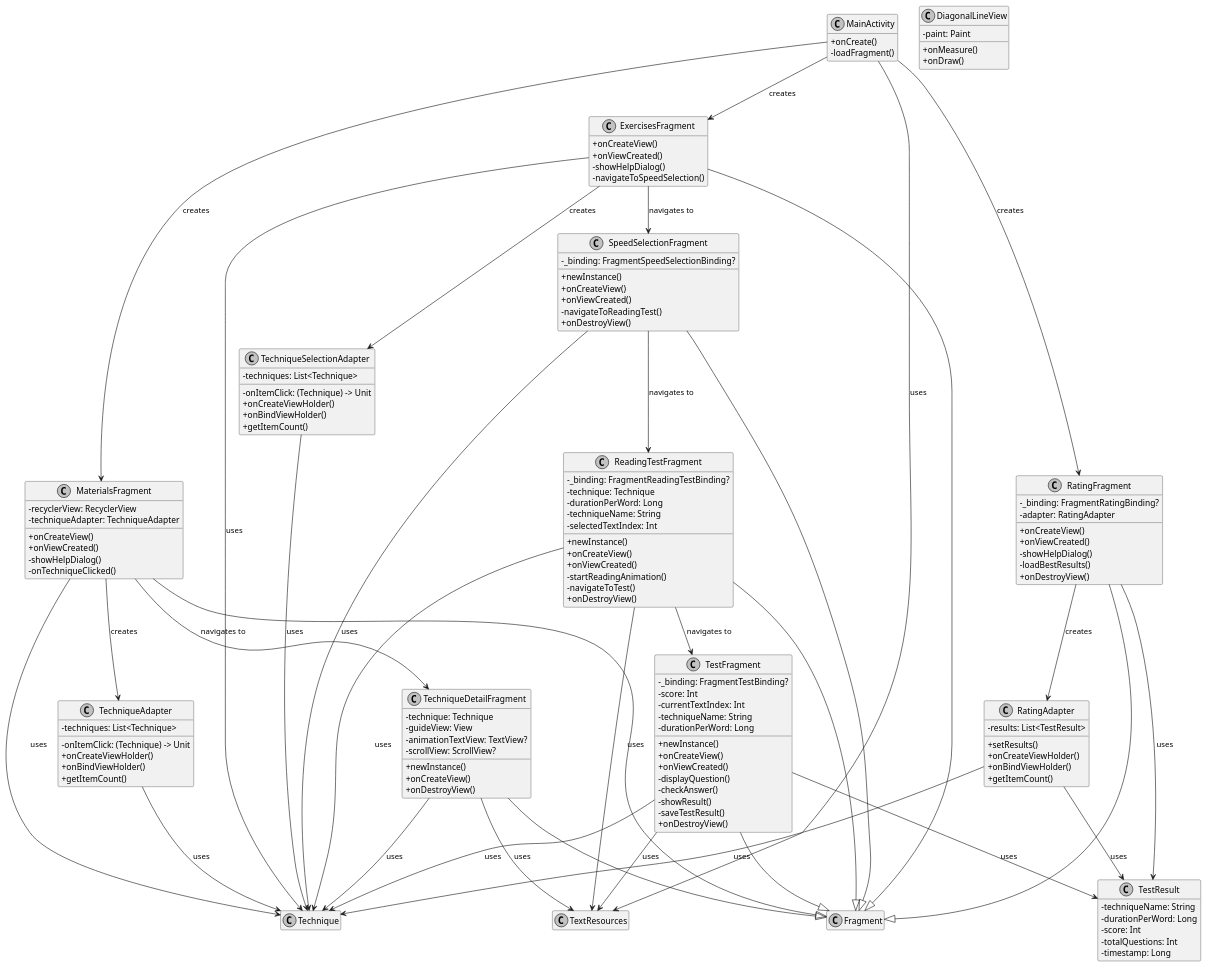
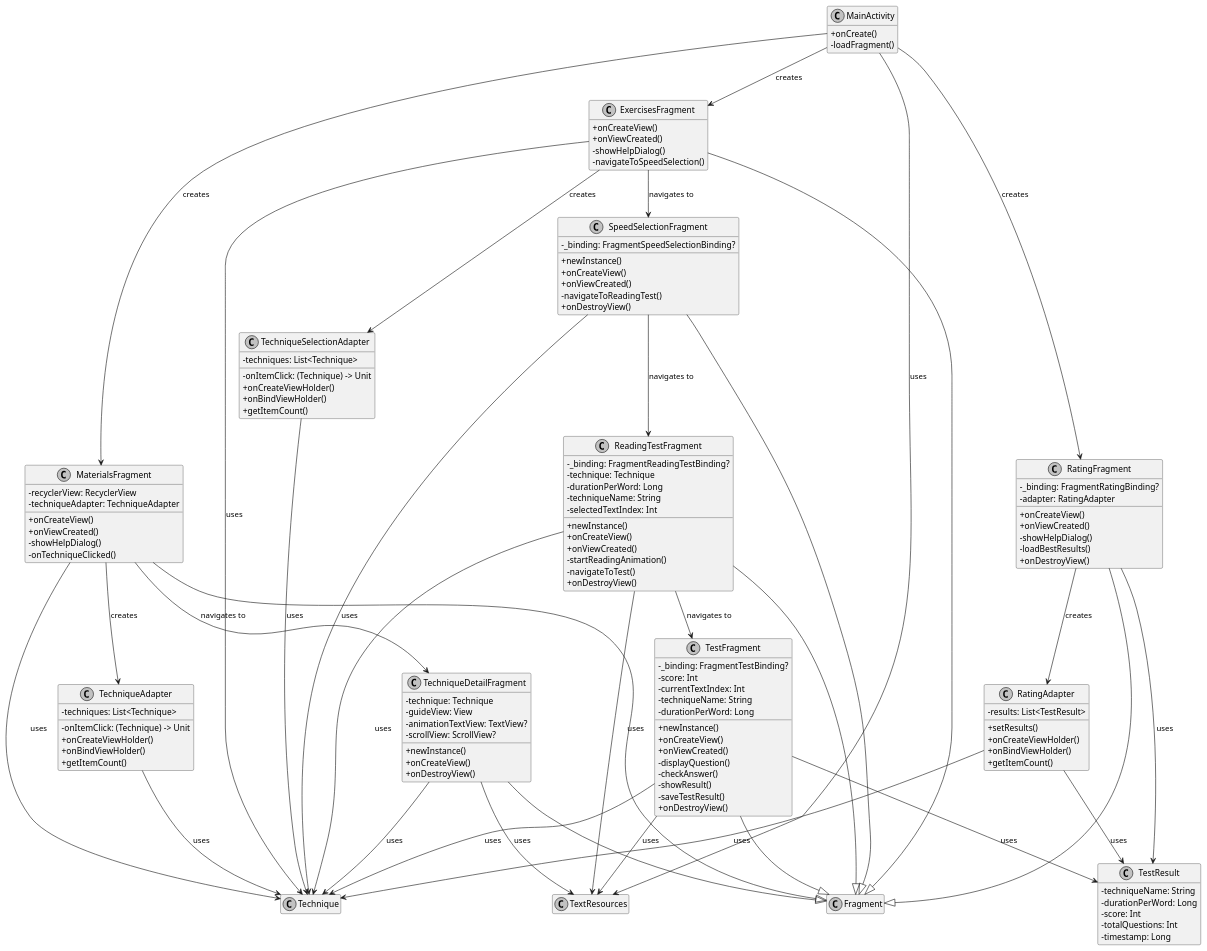
One commit to dmitryvsl/scorochtenie changed the diagram in diagram4.puml. Above: the diagram before and after it, drawn with PlantUML. The commit also changed 1 other file, not shown here.

```diff
--- a/diagram4.puml
+++ b/diagram4.puml
@@ -1,189 +1,181 @@
 @startuml
 skinparam monochrome true
 skinparam classAttributeIconSize 0
 
 ' Класс MainActivity
 class MainActivity {
   + onCreate()
   - loadFragment()
 }
 
 ' Класс ExercisesFragment
 class ExercisesFragment {
   + onCreateView()
   + onViewCreated()
   - showHelpDialog()
   - navigateToSpeedSelection()
 }
 
 ' Класс MaterialsFragment
 class MaterialsFragment {
   - recyclerView: RecyclerView
   - techniqueAdapter: TechniqueAdapter
   + onCreateView()
   + onViewCreated()
   - showHelpDialog()
   - onTechniqueClicked()
 }
 
 ' Класс RatingFragment
 class RatingFragment {
   - _binding: FragmentRatingBinding?
   - adapter: RatingAdapter
   + onCreateView()
   + onViewCreated()
   - showHelpDialog()
   - loadBestResults()
   + onDestroyView()
 }
 
 ' Класс ReadingTestFragment
 class ReadingTestFragment {
   - _binding: FragmentReadingTestBinding?
   - technique: Technique
   - durationPerWord: Long
   - techniqueName: String
   - selectedTextIndex: Int
   + newInstance()
   + onCreateView()
   + onViewCreated()
   - startReadingAnimation()
   - navigateToTest()
   + onDestroyView()
 }
 
 ' Класс SpeedSelectionFragment
 class SpeedSelectionFragment {
   - _binding: FragmentSpeedSelectionBinding?
   + newInstance()
   + onCreateView()
   + onViewCreated()
   - navigateToReadingTest()
   + onDestroyView()
 }
 
 ' Класс TechniqueAdapter
 class TechniqueAdapter {
   - techniques: List<Technique>
   - onItemClick: (Technique) -> Unit
   + onCreateViewHolder()
   + onBindViewHolder()
   + getItemCount()
 }
 
 ' Класс TechniqueDetailFragment
 class TechniqueDetailFragment {
   - technique: Technique
   - guideView: View
   - animationTextView: TextView?
   - scrollView: ScrollView?
   + newInstance()
   + onCreateView()
   + onDestroyView()
 }
 
 ' Класс TechniqueSelectionAdapter
 class TechniqueSelectionAdapter {
   - techniques: List<Technique>
   - onItemClick: (Technique) -> Unit
   + onCreateViewHolder()
   + onBindViewHolder()
   + getItemCount()
 }
 
 ' Класс TestFragment
 class TestFragment {
   - _binding: FragmentTestBinding?
   - score: Int
   - currentTextIndex: Int
   - techniqueName: String
   - durationPerWord: Long
   + newInstance()
   + onCreateView()
   + onViewCreated()
   - displayQuestion()
   - checkAnswer()
   - showResult()
   - saveTestResult()
   + onDestroyView()
 }
 
 ' Класс RatingAdapter
 class RatingAdapter {
   - results: List<TestResult>
   + setResults()
   + onCreateViewHolder()
   + onBindViewHolder()
   + getItemCount()
 }
 
 ' Класс TestResult
 class TestResult {
   - techniqueName: String
   - durationPerWord: Long
   - score: Int
   - totalQuestions: Int
   - timestamp: Long
 }
 
 
-
-' Класс DiagonalLineView
-class DiagonalLineView {
-  - paint: Paint
-  + onMeasure()
-  + onDraw()
-}
-
 ' Внешняя зависимость
 class TextResources
 
 ' Отношения
 ExercisesFragment --|> Fragment
 MaterialsFragment --|> Fragment
 RatingFragment --|> Fragment
 ReadingTestFragment --|> Fragment
 SpeedSelectionFragment --|> Fragment
 TechniqueDetailFragment --|> Fragment
 TestFragment --|> Fragment
 
 
 MainActivity --> ExercisesFragment : creates
 MainActivity --> MaterialsFragment : creates
 MainActivity --> RatingFragment : creates
 MainActivity --> TextResources : uses
 
 ExercisesFragment --> Technique : uses
 ExercisesFragment --> TechniqueSelectionAdapter : creates
 ExercisesFragment --> SpeedSelectionFragment : navigates to
 
 MaterialsFragment --> Technique : uses
 MaterialsFragment --> TechniqueAdapter : creates
 MaterialsFragment --> TechniqueDetailFragment : navigates to
 
 RatingFragment --> RatingAdapter : creates
 RatingFragment --> TestResult : uses
 
 ReadingTestFragment --> Technique : uses
 ReadingTestFragment --> TextResources : uses
 ReadingTestFragment --> TestFragment : navigates to
 
 SpeedSelectionFragment --> Technique : uses
 SpeedSelectionFragment --> ReadingTestFragment : navigates to
 
 TechniqueAdapter --> Technique : uses
 TechniqueSelectionAdapter --> Technique : uses
 
 TechniqueDetailFragment --> Technique : uses
 TechniqueDetailFragment --> TextResources : uses
 
 TestFragment --> Technique : uses
 TestFragment --> TextResources : uses
 TestFragment --> TestResult : uses
 
 RatingAdapter --> TestResult : uses
 RatingAdapter --> Technique : uses
 
 
 hide empty members
 @enduml
```
